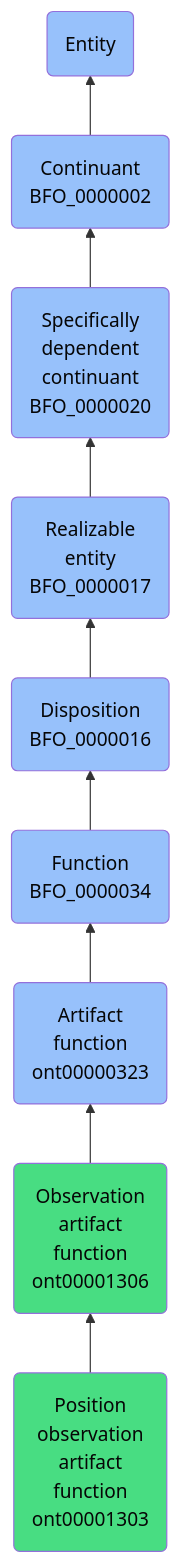
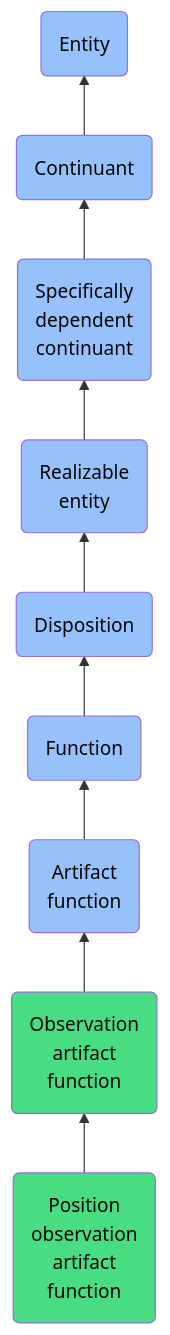
Before and after one commit to jupyter-naas/abi: the diagram in docs/ontology/reference/model/Entity/Continuant/Specifically dependent continuant/Realizable entity/Disposition/Function/Artifact function/Observation artifact function/Position observation artifact function/Position observation artifact function.md, drawn with Mermaid. The commit also changed other lines of this file and 1430 other files, not shown here.

````diff
--- a/docs/ontology/reference/model/Entity/Continuant/Specifically dependent continuant/Realizable entity/Disposition/Function/Artifact function/Observation artifact function/Position observation artifact function/Position observation artifact function.md
+++ b/docs/ontology/reference/model/Entity/Continuant/Specifically dependent continuant/Realizable entity/Disposition/Function/Artifact function/Observation artifact function/Position observation artifact function/Position observation artifact function.md
@@ -24,16 +24,16 @@
 ```mermaid
 graph BT
-    ont00001303(Position<br>observation<br>artifact<br>function<br>ont00001303):::ABI-->ont00001306
-    ont00001306(Observation<br>artifact<br>function<br>ont00001306):::ABI-->ont00000323
-    ont00000323(Artifact<br>function<br>ont00000323):::BFO-->BFO_0000034
-    BFO_0000034(Function<br>BFO_0000034):::BFO-->BFO_0000016
-    BFO_0000016(Disposition<br>BFO_0000016):::BFO-->BFO_0000017
-    BFO_0000017(Realizable<br>entity<br>BFO_0000017):::BFO-->BFO_0000020
-    BFO_0000020(Specifically<br>dependent<br>continuant<br>BFO_0000020):::BFO-->BFO_0000002
-    BFO_0000002(Continuant<br>BFO_0000002):::BFO-->BFO_0000001
+    ont00001303(Position<br>observation<br>artifact<br>function):::ABI-->ont00001306
+    ont00001306(Observation<br>artifact<br>function):::ABI-->ont00000323
+    ont00000323(Artifact<br>function):::BFO-->BFO_0000034
+    BFO_0000034(Function):::BFO-->BFO_0000016
+    BFO_0000016(Disposition):::BFO-->BFO_0000017
+    BFO_0000017(Realizable<br>entity):::BFO-->BFO_0000020
+    BFO_0000020(Specifically<br>dependent<br>continuant):::BFO-->BFO_0000002
+    BFO_0000002(Continuant):::BFO-->BFO_0000001
     BFO_0000001(Entity):::BFO
     
     classDef BFO fill:#97c1fb,color:#060606
     classDef CCO fill:#e4c51e,color:#060606
     classDef ABI fill:#48DD82,color:#060606
 ```
````
